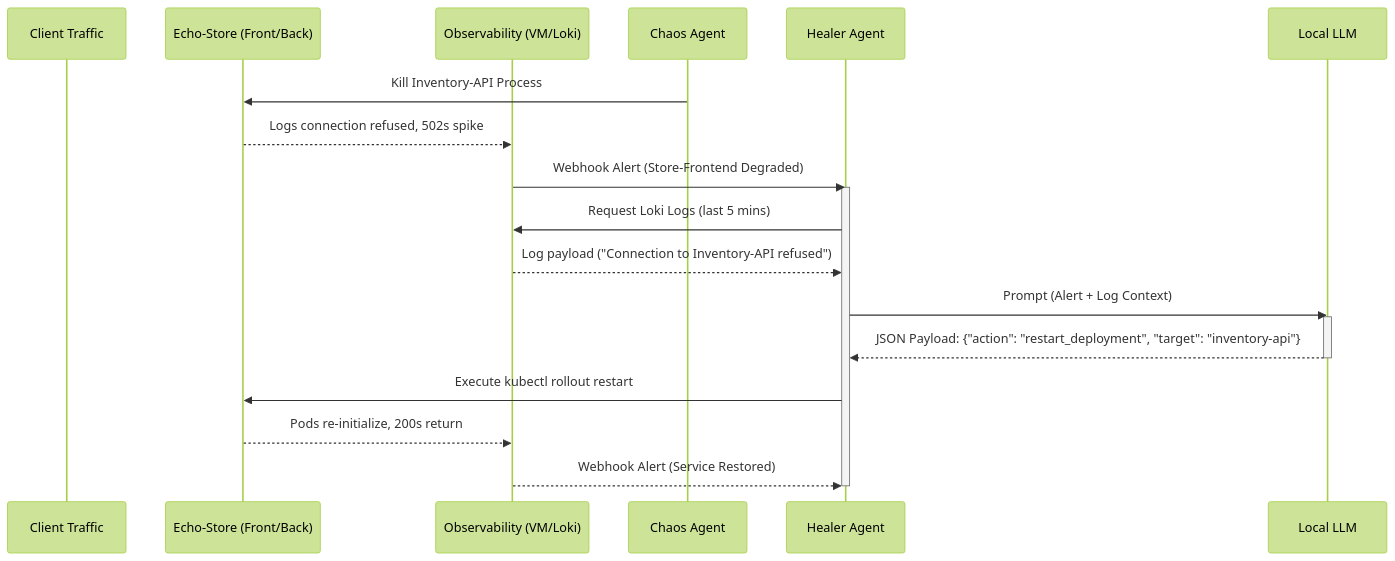
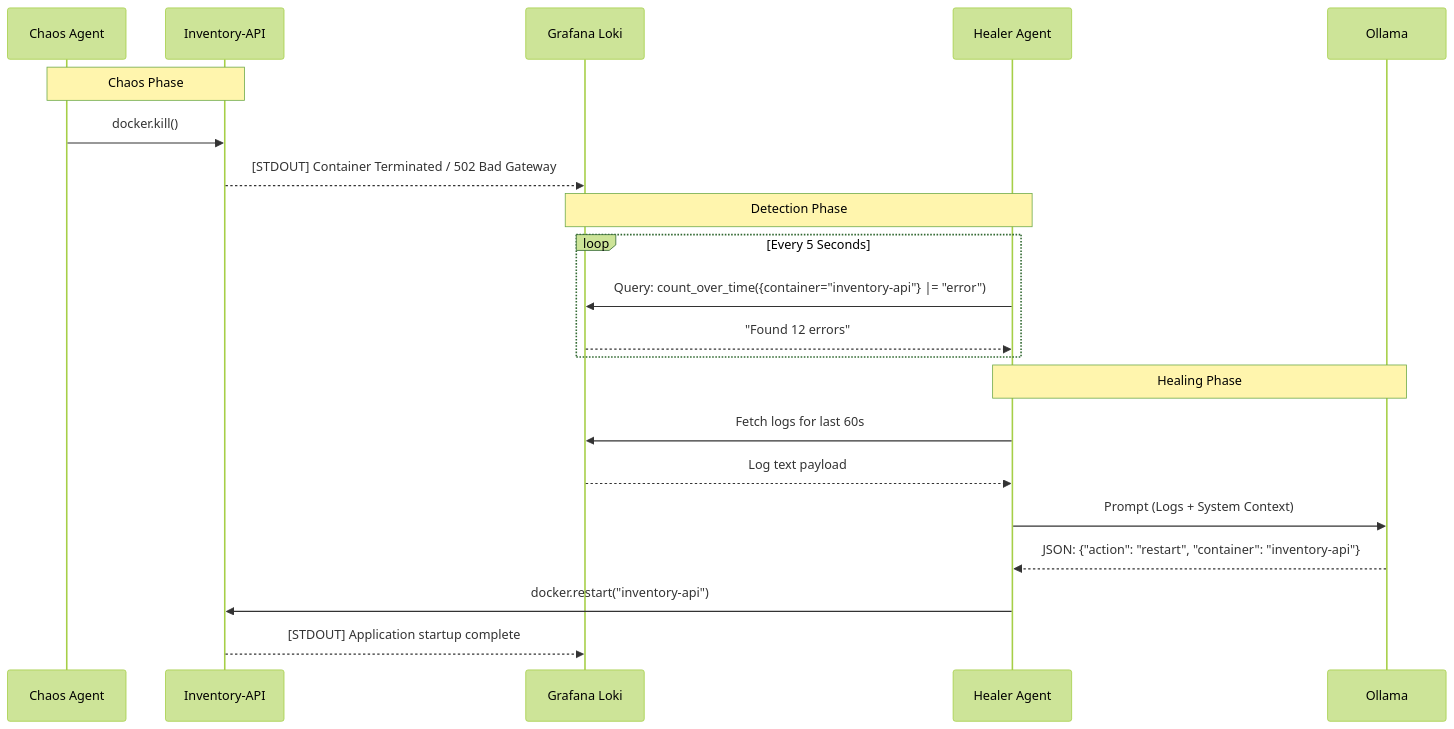
One commit to sedna08/chaos-and-recovery-agent changed the second of 4 diagrams in docs/functional_design_document.md. Above: the diagram before and after it, drawn with Mermaid (forest theme). The commit also changed other lines of this file, not shown here.

````diff
--- a/docs/functional_design_document.md
+++ b/docs/functional_design_document.md
@@ -95,24 +96,26 @@
 ```mermaid
 sequenceDiagram
-    participant User as Client Traffic
-    participant App as Echo-Store (Front/Back)
-    participant Obs as Observability (VM/Loki)
-    participant Chaos as Chaos Agent
-    participant Healer as Healer Agent
-    participant Brain as Local LLM
+    participant CA as Chaos Agent
+    participant App as Inventory-API
+    participant Loki as Grafana Loki
+    participant HA as Healer Agent
+    participant LLM as Ollama
 
-    Chaos->>App: Kill Inventory-API Process
-    App-->>Obs: Logs connection refused, 502s spike
-    Obs->>Healer: Webhook Alert (Store-Frontend Degraded)
-    activate Healer
-    Healer->>Obs: Request Loki Logs (last 5 mins)
-    Obs-->>Healer: Log payload ("Connection to Inventory-API refused")
-    Healer->>Brain: Prompt (Alert + Log Context)
-    activate Brain
-    Brain-->>Healer: JSON Payload: {"action": "restart_deployment", "target": "inventory-api"}
-    deactivate Brain
-    Healer->>App: Execute kubectl rollout restart
-    App-->>Obs: Pods re-initialize, 200s return
-    Obs-->>Healer: Webhook Alert (Service Restored)
-    deactivate Healer
+    Note over CA, App: Chaos Phase
+    CA->>App: docker.kill()
+    App-->>Loki: [STDOUT] Container Terminated / 502 Bad Gateway
+
+    Note over HA, Loki: Detection Phase
+    loop Every 5 Seconds
+        HA->>Loki: Query: count_over_time({container="inventory-api"} |= "error")
+        Loki-->>HA: "Found 12 errors"
+    end
+
+    Note over HA, LLM: Healing Phase
+    HA->>Loki: Fetch logs for last 60s
+    Loki-->>HA: Log text payload
+    HA->>LLM: Prompt (Logs + System Context)
+    LLM-->>HA: JSON: {"action": "restart", "container": "inventory-api"}
+    HA->>App: docker.restart("inventory-api")
+    App-->>Loki: [STDOUT] Application startup complete
 ```
````
